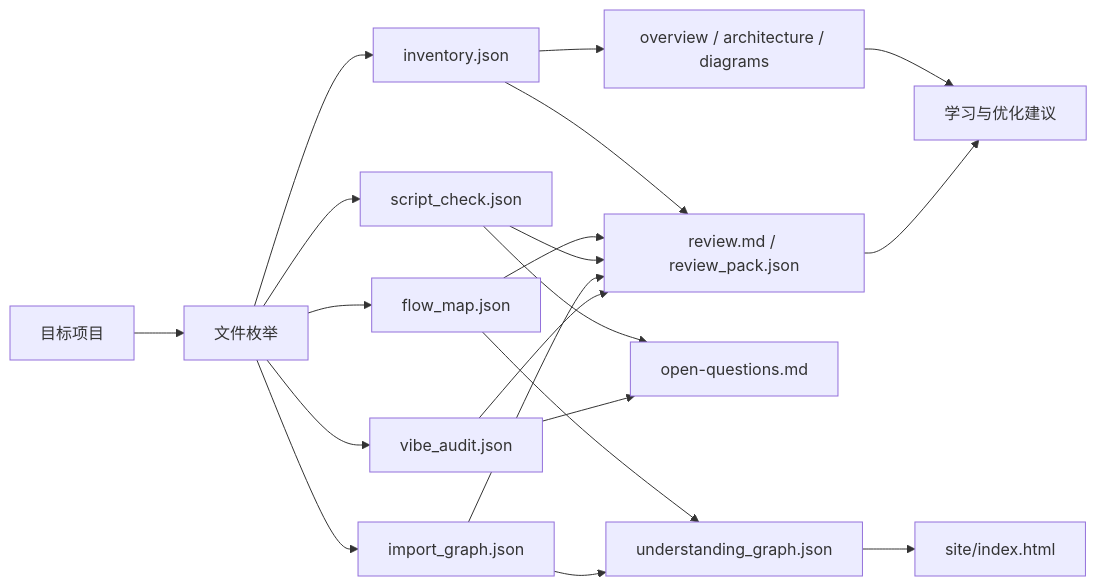
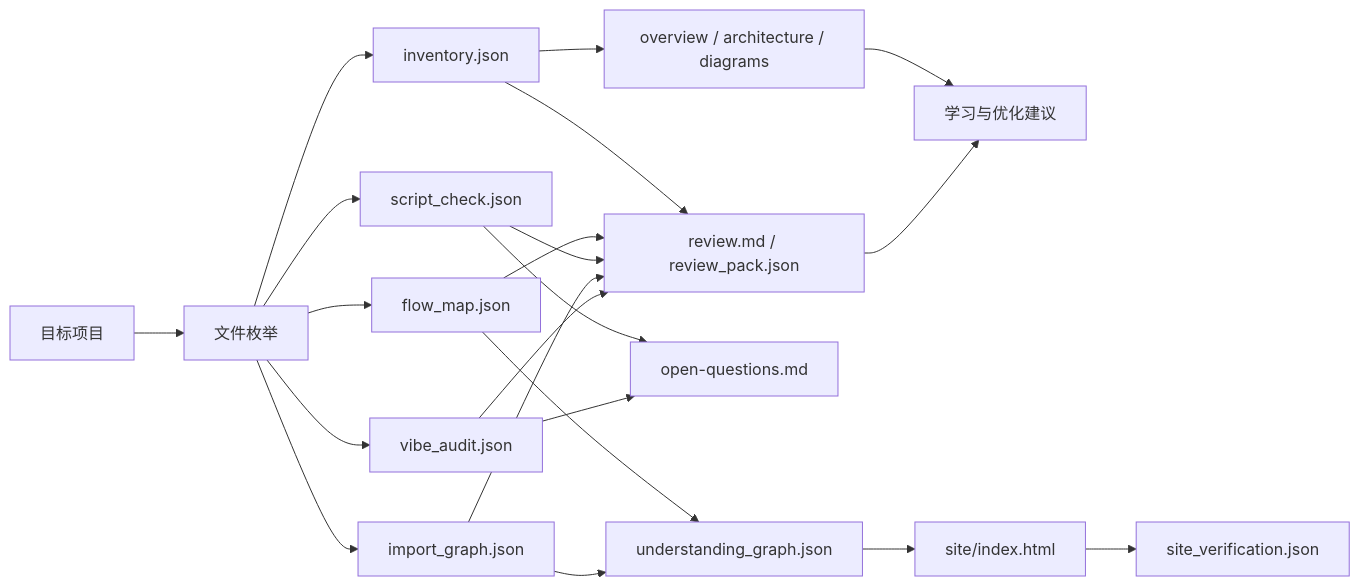
One commit to hongzhiyin/CodeAnalyst changed the second of 2 diagrams in docs/ARCHITECTURE.md. Above: the diagram before and after it, drawn with Mermaid. The commit also changed other lines of this file and 15 other files, not shown here.

````diff
--- a/docs/ARCHITECTURE.md
+++ b/docs/ARCHITECTURE.md
@@ -116,22 +118,23 @@
 ```mermaid
 flowchart LR
   Target[目标项目] --> Files[文件枚举]
   Files --> InventoryJSON[inventory.json]
   Files --> FlowJSON[flow_map.json]
   Files --> ScriptJSON[script_check.json]
   Files --> ImportJSON[import_graph.json]
   Files --> AuditJSON[vibe_audit.json]
   InventoryJSON --> Markdown[overview / architecture / diagrams]
   FlowJSON --> Graph[understanding_graph.json]
   ScriptJSON --> Questions[open-questions.md]
   ImportJSON --> Graph[understanding_graph.json]
   AuditJSON --> Questions[open-questions.md]
   InventoryJSON --> Review[review.md / review_pack.json]
   FlowJSON --> Review
   ScriptJSON --> Review
   ImportJSON --> Review
   AuditJSON --> Review
   Markdown --> User[学习与优化建议]
   Review --> User
   Graph --> Site[site/index.html]
+  Site --> SiteVerify[site_verification.json]
 ```
````
